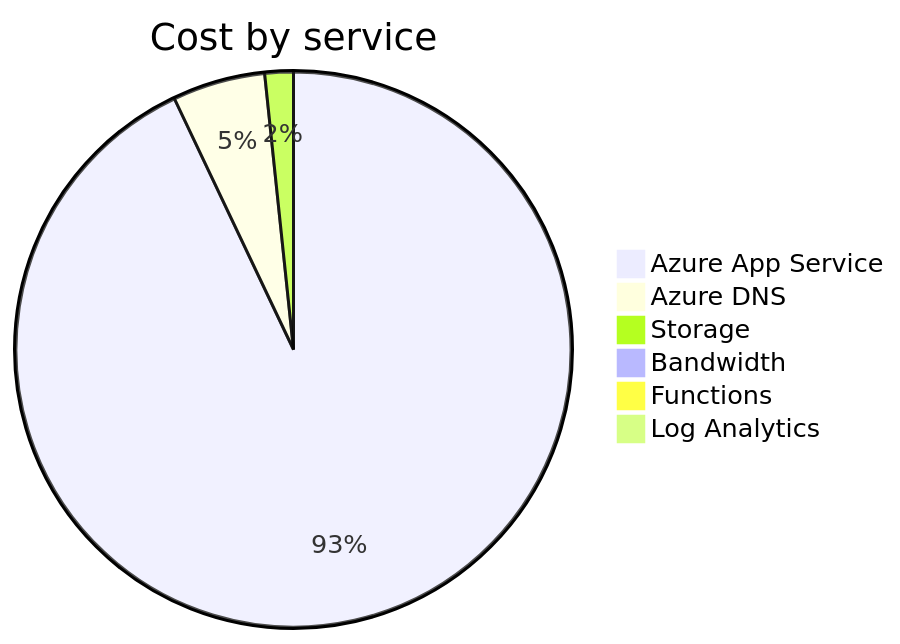
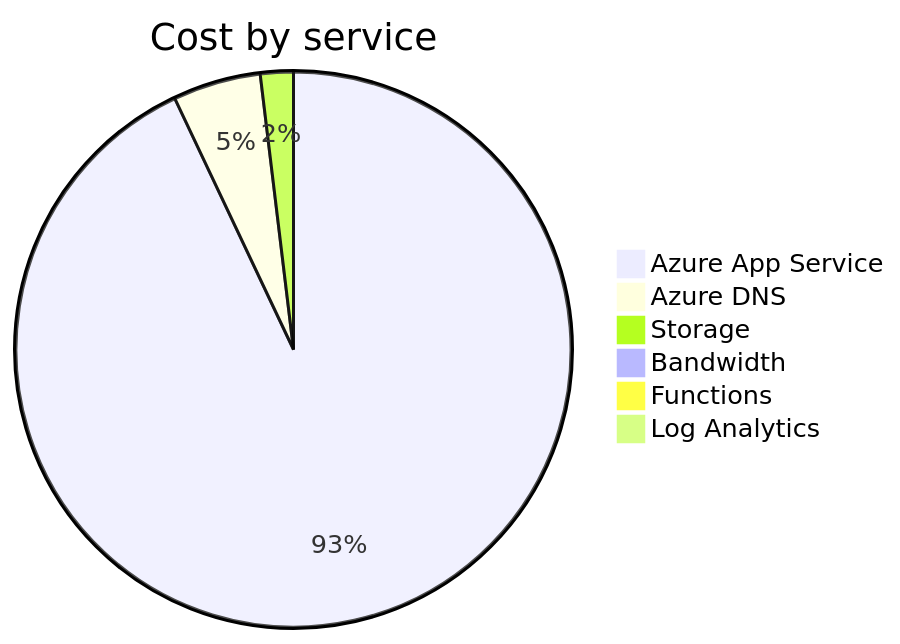
One commit to jpfulton/azure-personal-reports changed the second of 4 diagrams in cost-reports/accumulated-cost.md. Above: the diagram before and after it, drawn with Mermaid. The commit also changed other lines of this file and 4 other files, not shown here.

````diff
--- a/cost-reports/accumulated-cost.md
+++ b/cost-reports/accumulated-cost.md
@@ -100,10 +100,10 @@
 ```mermaid
 pie
    title Cost by service
-   "Azure App Service" : 2.24
-   "Azure DNS" : 0.13
-   "Storage" : 0.04
+   "Azure App Service" : 2.91
+   "Azure DNS" : 0.16
+   "Storage" : 0.06
    "Bandwidth" : 0.00
    "Functions" : 0.00
    "Log Analytics" : 0.00
 ```
````
